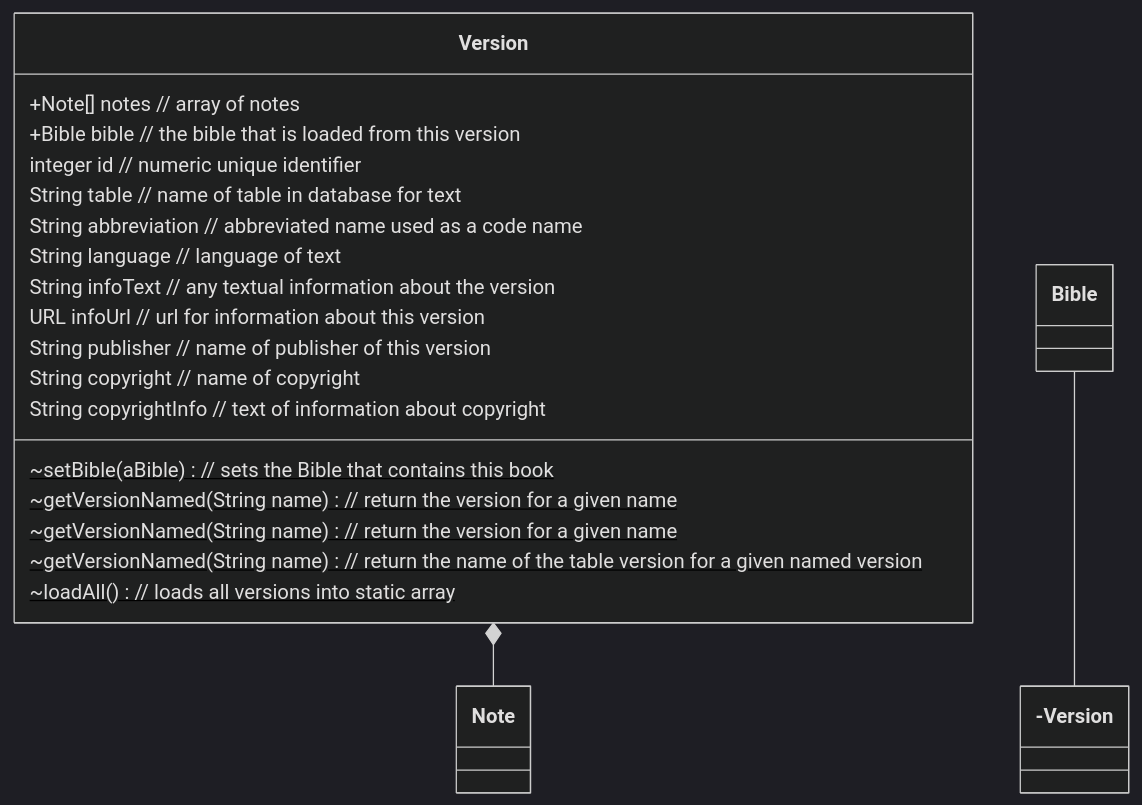
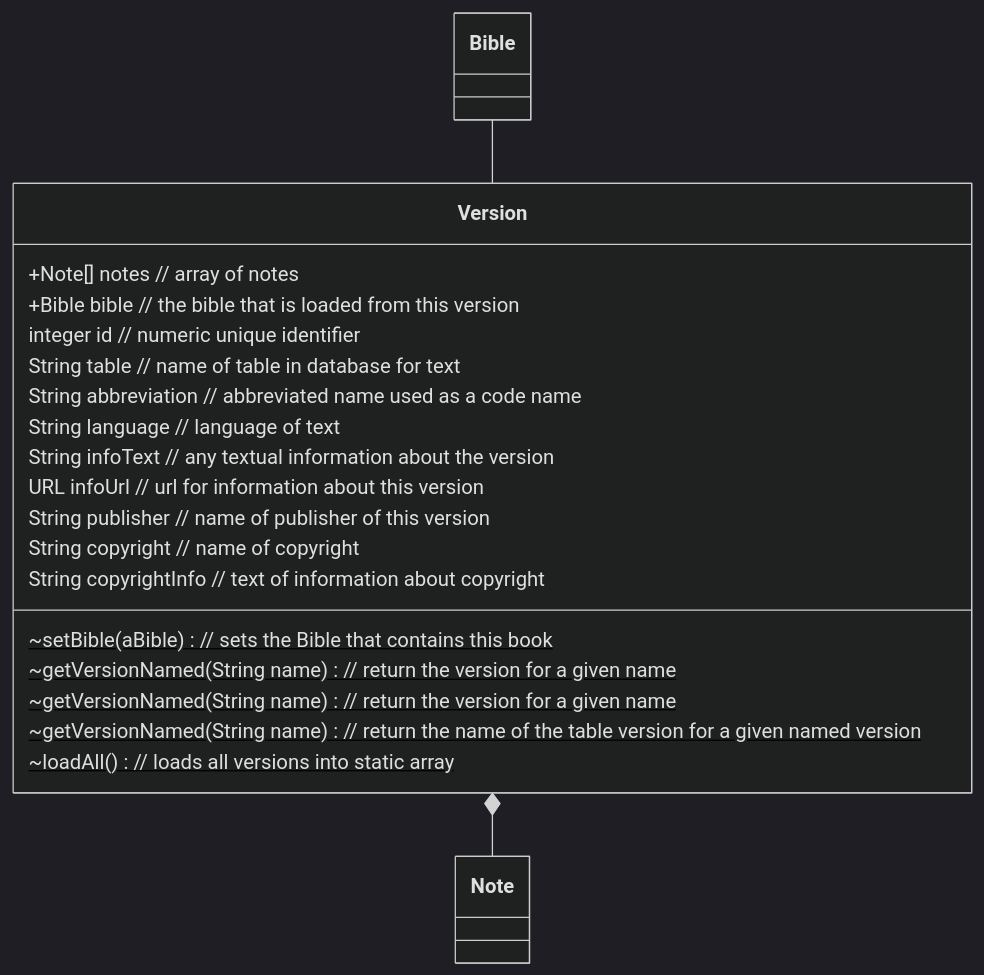
Before and after one commit to MichaelKentBurns/BibleModel: the diagram in ObjectModel/Version.md, drawn with Mermaid (dark theme). The commit also changed 2 other files, not shown here.

Commit message:
First steps on issue #14 - We need a browser App to create and edit notes.

````diff
--- a/ObjectModel/Version.md
+++ b/ObjectModel/Version.md
@@ -12,23 +12,23 @@
  ```mermaid
  classDiagram
     class Version {
          +Note[] notes  // array of notes
          +Bible  bible  // the bible that is loaded from this version
              integer id   // numeric unique identifier
              String table  // name of table in database for text
              String abbreviation  // abbreviated name used as a code name
              String language   // language of text
              String  infoText  // any textual information about the version 
              URL     infoUrl   // url for information about this version
              String  publisher  // name of publisher of this version
              String  copyright  // name of copyright 
              String  copyrightInfo   // text of information about copyright
      ~setBible(aBible)$   // sets the Bible that contains this book
      ~getVersionNamed(String name)$    // return the version for a given name
      ~getVersionNamed(String name)$    // return the version for a given name
      ~getVersionNamed(String name)$    // return the name of the table version for a given named version
      ~loadAll()$   // loads all versions into static array
  }
- Bible --- Version
+ Bible -- Version
  Version *-- Note
  ```
````
